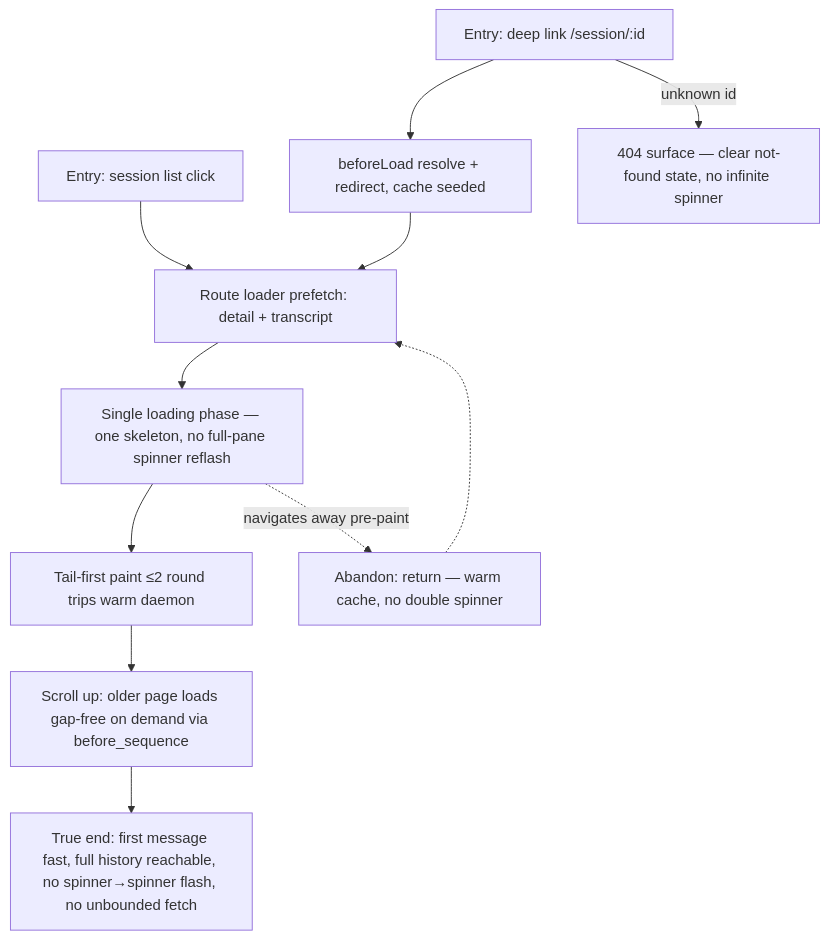
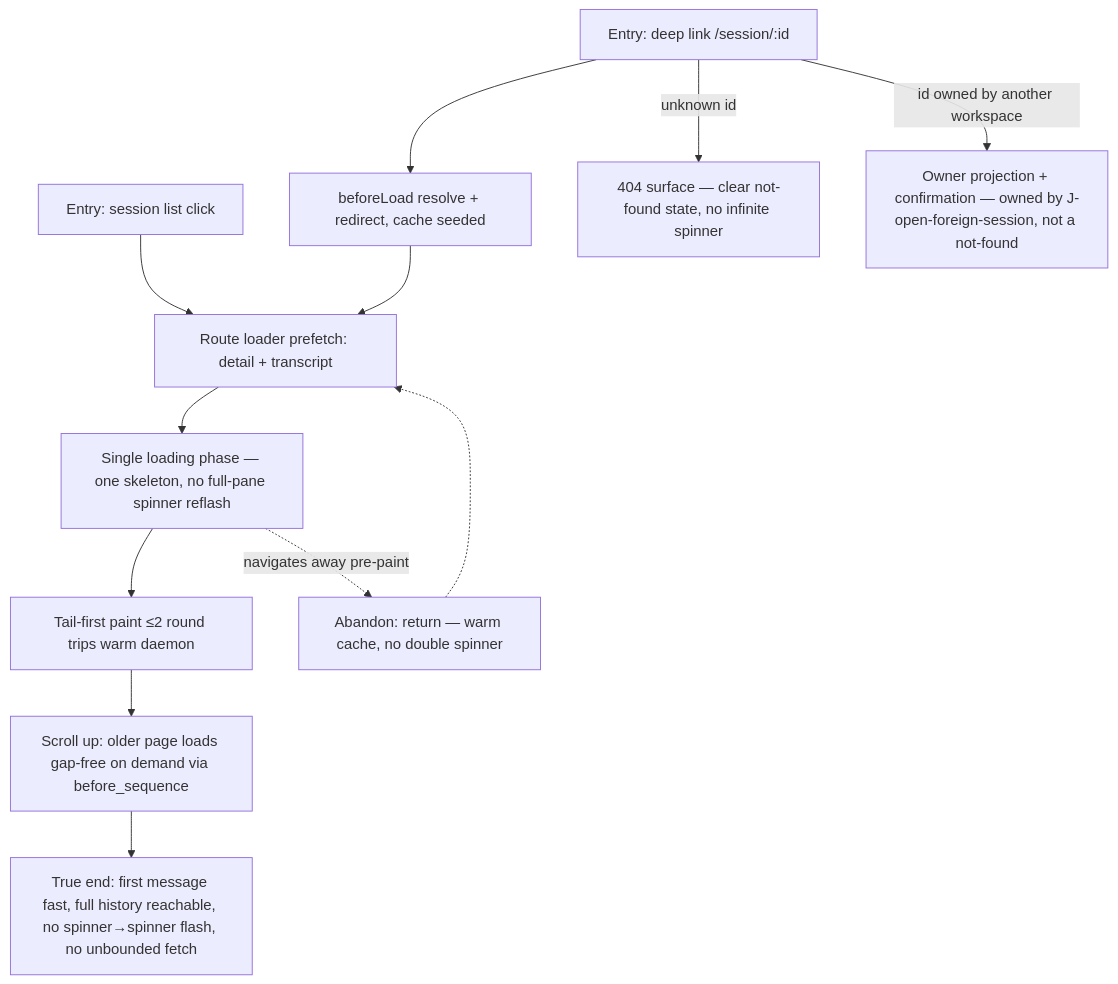
One commit to compozy/compozy changed the diagram in docs/qa/journeys/J-12-open-session-fast.md. Above: the diagram before and after it, drawn with Mermaid. The commit also changed other lines of this file and 13 other files, not shown here.

````diff
--- a/docs/qa/journeys/J-12-open-session-fast.md
+++ b/docs/qa/journeys/J-12-open-session-fast.md
@@ -5,13 +5,14 @@
 ```mermaid
 flowchart TD
     E1[Entry: session list click] --> L[Route loader prefetch: detail + transcript]
     E2[Entry: deep link /session/:id] --> R[beforeLoad resolve + redirect, cache seeded]
     R --> L
     L --> P1[Single loading phase — one skeleton, no full-pane spinner reflash]
     P1 --> T[Tail-first paint ≤2 round trips warm daemon]
     T --> SCR[Scroll up: older page loads gap-free on demand via before_sequence]
     E2 -->|unknown id| NF[404 surface — clear not-found state, no infinite spinner]
+    E2 -->|id owned by another workspace| FW[Owner projection + confirmation — owned by J-open-foreign-session, not a not-found]
     P1 -.->|navigates away pre-paint| AB[Abandon: return — warm cache, no double spinner]
     AB -.-> L
     SCR --> TE[True end: first message fast, full history reachable, no spinner→spinner flash, no unbounded fetch]
 ```
````
